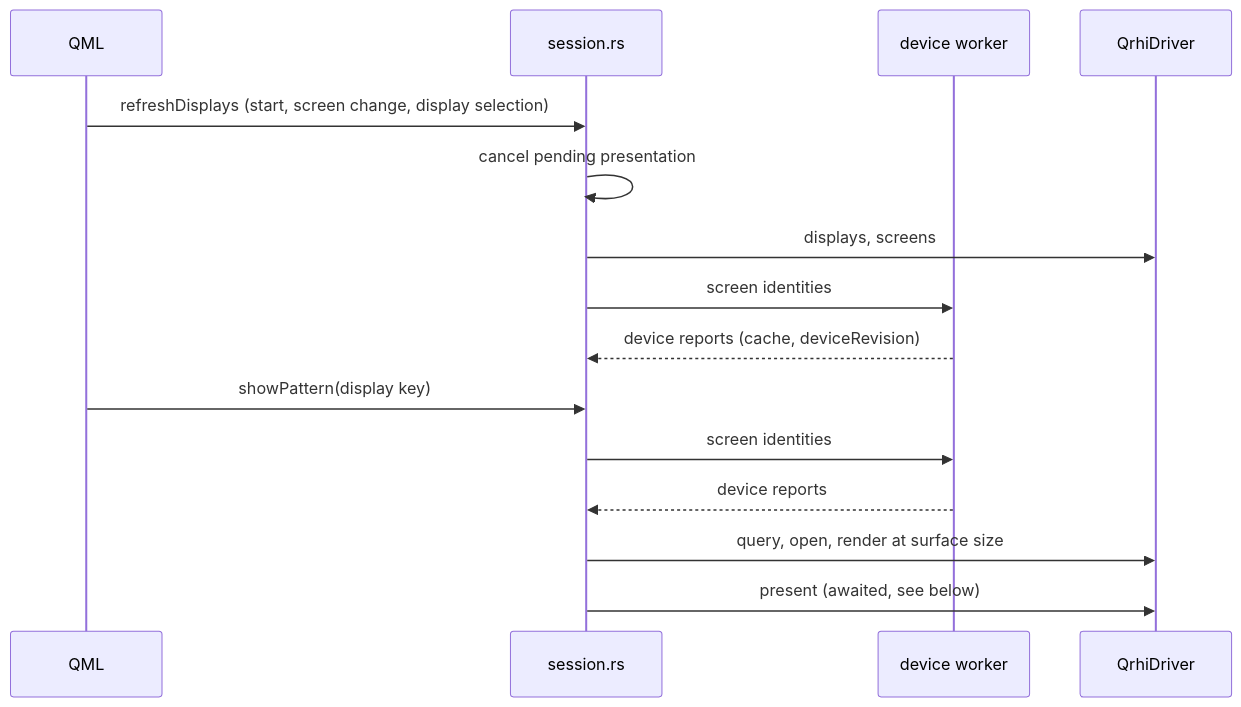
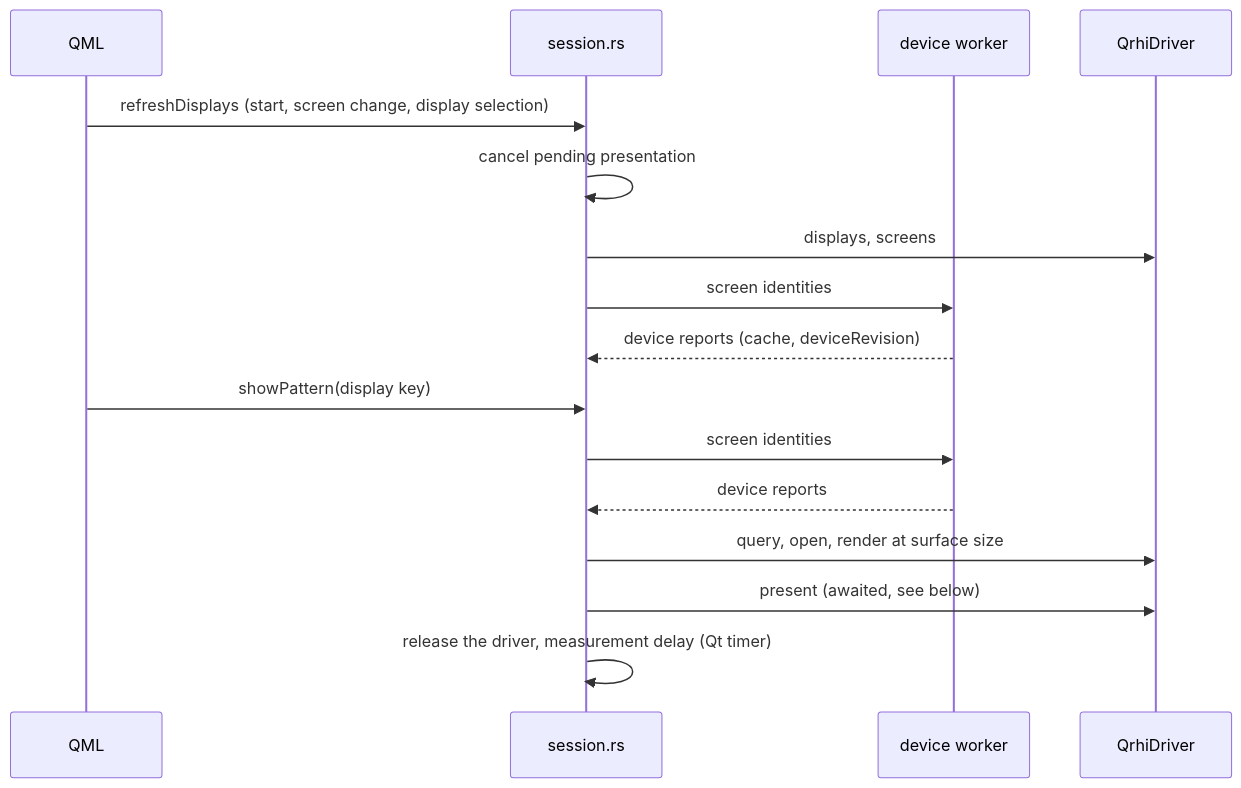
One commit to Jamesits/nitpick changed the second of 2 diagrams in doc/design/output_driver/qt.md. Above: the diagram before and after it, drawn with Mermaid. The commit also changed other lines of this file and 18 other files, not shown here.

First line of the commit message:
feat(app): add the Qt measurement delay

````diff
--- a/doc/design/output_driver/qt.md
+++ b/doc/design/output_driver/qt.md
@@ -62,17 +62,18 @@
 ```mermaid
 sequenceDiagram
     participant Q as QML
     participant S as session.rs
     participant W as device worker
     participant D as QrhiDriver
     Q->>S: refreshDisplays (start, screen change, display selection)
     S->>S: cancel pending presentation
     S->>D: displays, screens
     S->>W: screen identities
     W-->>S: device reports (cache, deviceRevision)
     Q->>S: showPattern(display key)
     S->>W: screen identities
     W-->>S: device reports
     S->>D: query, open, render at surface size
     S->>D: present (awaited, see below)
+    S->>S: release the driver, measurement delay (Qt timer)
 ```
````
